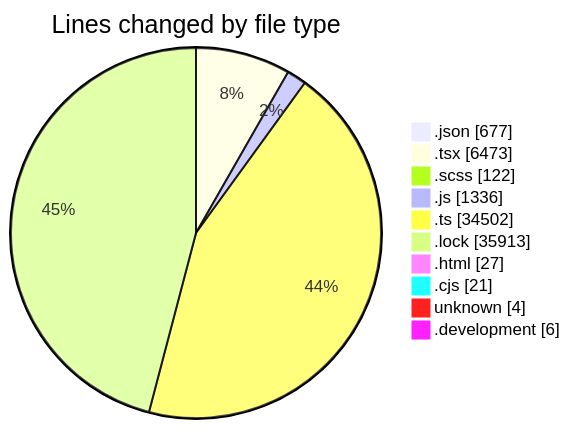
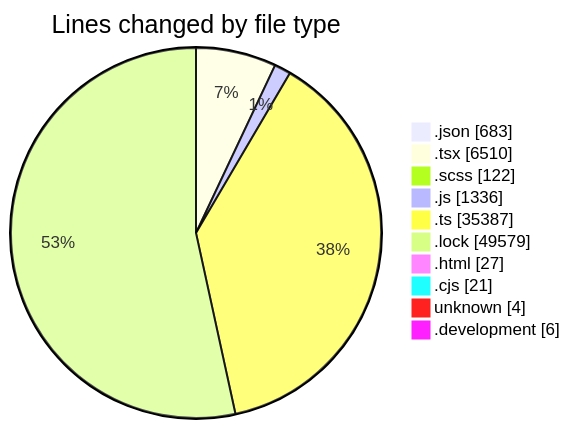
The first of 2 diagrams in 2026-09-03/cda/README.md (momahboobian/code-tracking), drawn with Mermaid before and after one commit. The commit also changed other lines of this file and 1 other file, not shown here.

````diff
--- a/2026-09-03/cda/README.md
+++ b/2026-09-03/cda/README.md
@@ -81,14 +81,14 @@
 ```mermaid
 pie showData
 title Lines changed by file type
-".json" : 677
-".tsx" : 6473
+".json" : 683
+".tsx" : 6510
 ".scss" : 122
 ".js" : 1336
-".ts" : 34502
-".lock" : 35913
+".ts" : 35387
+".lock" : 49579
 ".html" : 27
 ".cjs" : 21
 "unknown" : 4
 ".development" : 6
 ```
````
